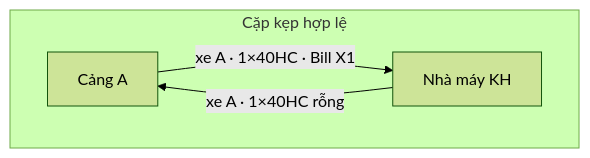
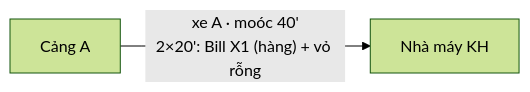
The fifth of 6 diagrams in docs/prd/QuyTrinhO2C.md (4rankng/silversea), drawn with Mermaid (forest theme) before and after one commit. The commit also changed other lines of this file and 3 other files, not shown here.

First line of the commit message:
docs(prd,testplan): kẹp/kết hợp re-definitions + master-data factory links

````diff
--- a/docs/prd/QuyTrinhO2C.md
+++ b/docs/prd/QuyTrinhO2C.md
@@ -154,8 +178,4 @@
 ```mermaid
 flowchart LR
-  subgraph Cặp kẹp hợp lệ
-    direction LR
-    A[Cảng A] -- "xe A · 1×40HC · Bill X1" --> B[Nhà máy KH]
-    B -- "xe A · 1×40HC rỗng" --> A
-  end
+  A[Cảng A] -- "xe A · moóc 40'<br/>2×20': Bill X1 (hàng) + vỏ rỗng" --> B[Nhà máy KH]
 ```
````
